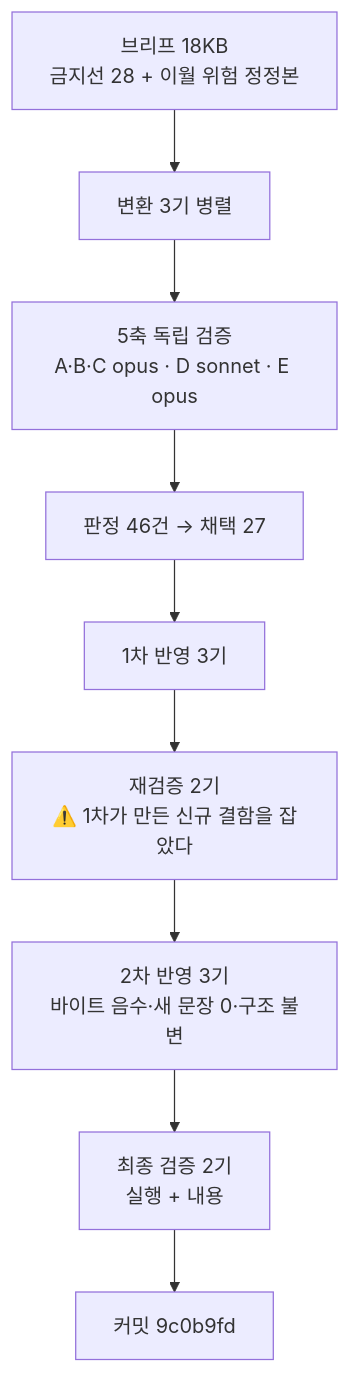
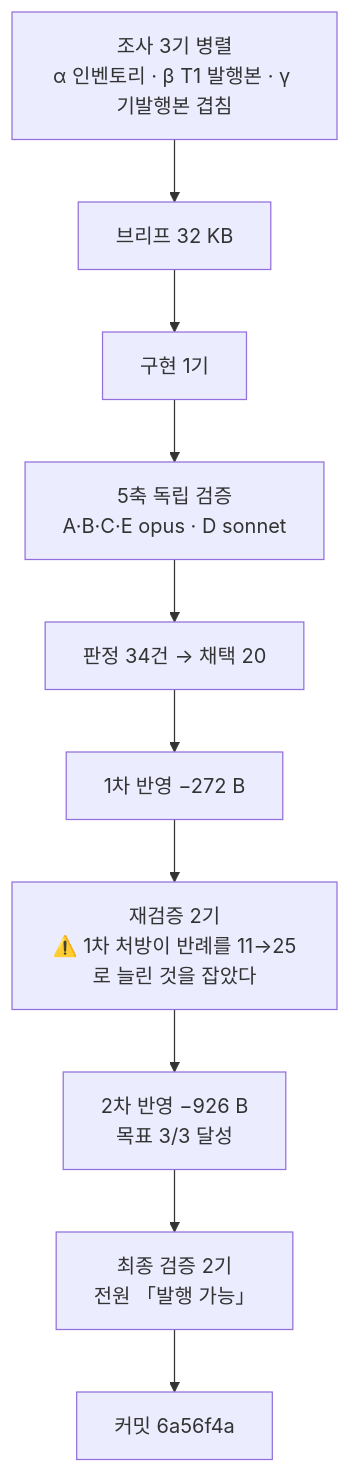
Before and after one commit to withwooyong/withwooyong.github.io: the diagram in HANDOFF.md, drawn with Mermaid. The commit also changed other lines of this file and 3 other files, not shown here.

````diff
--- a/HANDOFF.md
+++ b/HANDOFF.md
@@ -16,11 +16,12 @@
 ```mermaid
 flowchart TD
-    B["브리프 18KB<br/>금지선 28 + 이월 위험 정정본"] --> C["변환 3기 병렬"]
-    C --> V["5축 독립 검증<br/>A·B·C opus · D sonnet · E opus"]
-    V --> J["판정 46건 → 채택 27"]
-    J --> F1["1차 반영 3기"]
-    F1 --> R["재검증 2기<br/>⚠️ 1차가 만든 신규 결함을 잡았다"]
-    R --> F2["2차 반영 3기<br/>바이트 음수·새 문장 0·구조 불변"]
-    F2 --> FV["최종 검증 2기<br/>실행 + 내용"]
-    FV --> CM["커밋 9c0b9fd"]
+    S["조사 3기 병렬<br/>α 인벤토리 · β T1 발행본 · γ 기발행본 겹침"] --> B["브리프 32 KB"]
+    B --> C["구현 1기"]
+    C --> V["5축 독립 검증<br/>A·B·C·E opus · D sonnet"]
+    V --> J["판정 34건 → 채택 20"]
+    J --> F1["1차 반영 −272 B"]
+    F1 --> R["재검증 2기<br/>⚠️ 1차 처방이 반례를 11→25로 늘린 것을 잡았다"]
+    R --> F2["2차 반영 −926 B<br/>목표 3/3 달성"]
+    F2 --> FV["최종 검증 2기<br/>전원 「발행 가능」"]
+    FV --> CM["커밋 6a56f4a"]
 ```
````
